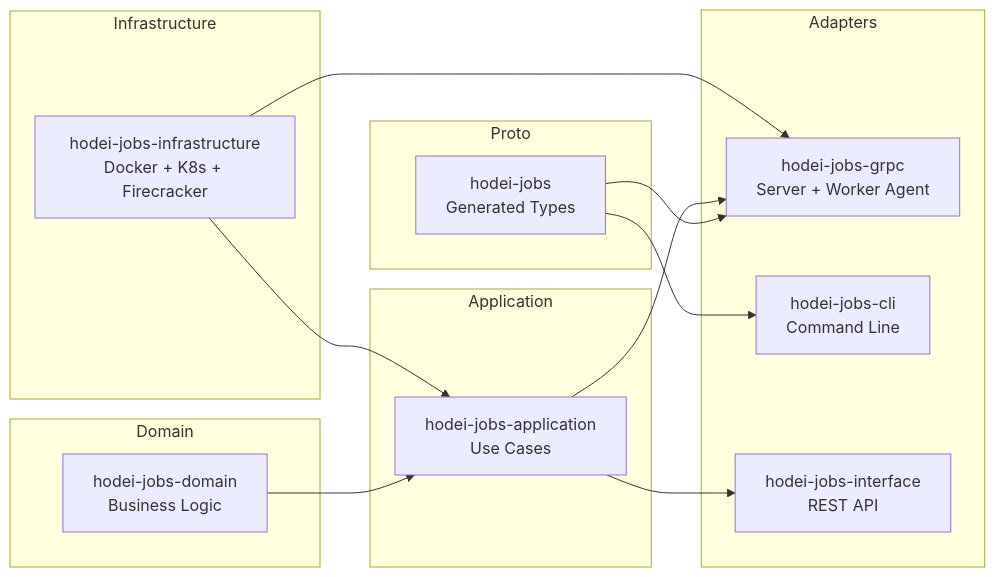
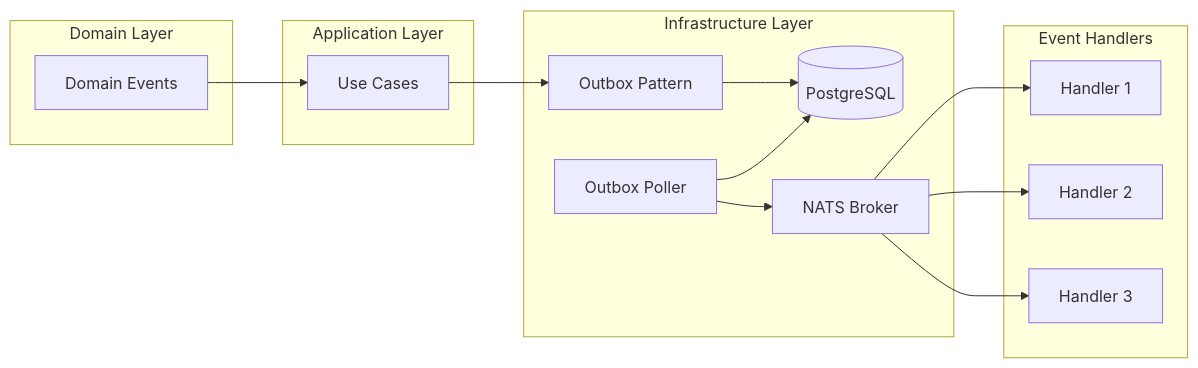
One commit to Rubentxu/hodei-jobs changed the sixth of 7 diagrams in docs/architecture.md. Above: the diagram before and after it, drawn with Mermaid. The commit also changed other lines of this file and 1 other file, not shown here.

First line of the commit message:
fix(application): correct EventBusError import path in health_monitor.rs tests

````diff
--- a/docs/architecture.md
+++ b/docs/architecture.md
@@ -547,34 +2350,32 @@
 ```mermaid
 graph LR
-    subgraph "Proto"
-        PROTO[hodei-jobs<br/>Generated Types]
+    subgraph "Domain Layer"
+        D[Domain Events]
     end
 
-    subgraph "Domain"
-        DOM[hodei-jobs-domain<br/>Business Logic]
+    subgraph "Application Layer"
+        UC[Use Cases]
     end
 
-    subgraph "Application"
-        APP[hodei-jobs-application<br/>Use Cases]
+    subgraph "Infrastructure Layer"
+        OB[Outbox Pattern]
+        PG[(PostgreSQL)]
+        POLLER[Outbox Poller]
+        NATS[NATS Broker]
     end
 
-    subgraph "Infrastructure"
-        INFRA[hodei-jobs-infrastructure<br/>Docker + K8s + Firecracker]
+    subgraph "Event Handlers"
+        H1[Handler 1]
+        H2[Handler 2]
+        H3[Handler 3]
     end
 
-    subgraph "Adapters"
-        GRPC[hodei-jobs-grpc<br/>Server + Worker Agent]
-        CLI[hodei-jobs-cli<br/>Command Line]
-        REST[hodei-jobs-interface<br/>REST API]
-    end
-
-    PROTO --> GRPC
-    PROTO --> CLI
-
-    DOM --> APP
-    APP --> GRPC
-    APP --> REST
-
-    INFRA --> APP
-    INFRA --> GRPC
+    D --> UC
+    UC --> OB
+    OB --> PG
+    POLLER --> PG
+    POLLER --> NATS
+    NATS --> H1
+    NATS --> H2
+    NATS --> H3
 ```
````
